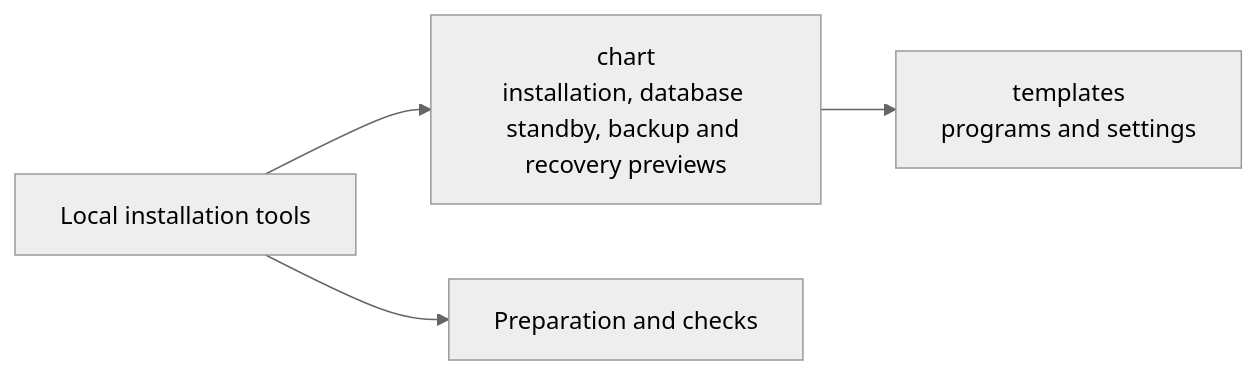
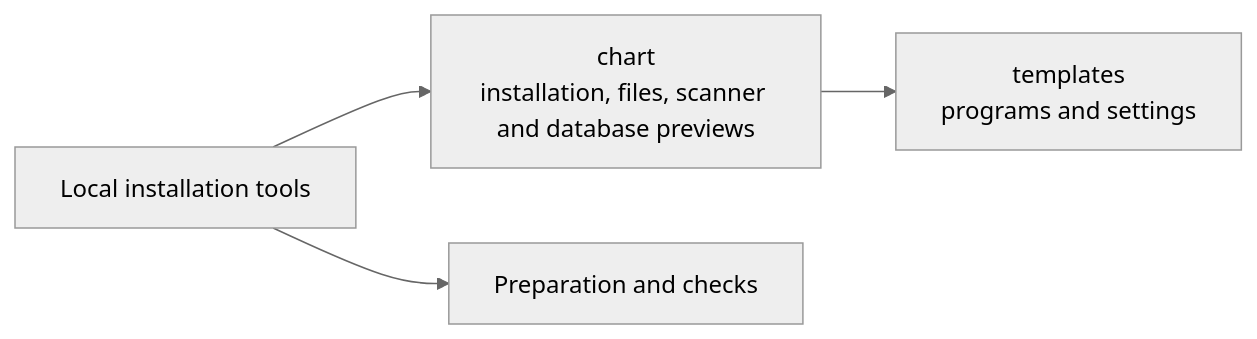
Before and after one commit to elewa-git/opencrane-new: the diagram in infra/package/chart/README.md, drawn with Mermaid (neutral theme). The commit also changed other lines of this file and 46 other files, not shown here.

````diff
--- a/infra/package/chart/README.md
+++ b/infra/package/chart/README.md
@@ -33,6 +35,6 @@
 ```mermaid
 flowchart LR
-  package["Local installation tools"] --> chart["chart<br/>installation, database standby, backup and recovery previews"]
+  package["Local installation tools"] --> chart["chart<br/>installation, files, scanner and database previews"]
   package --> prepare["Preparation and checks"]
   chart --> templates["templates<br/>programs and settings"]
 ```
````
